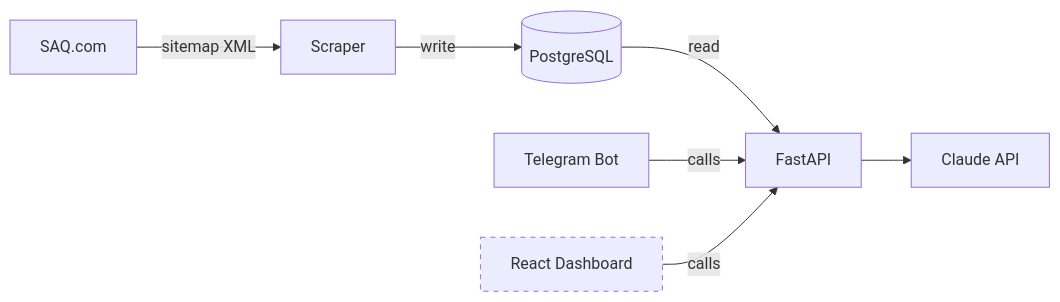
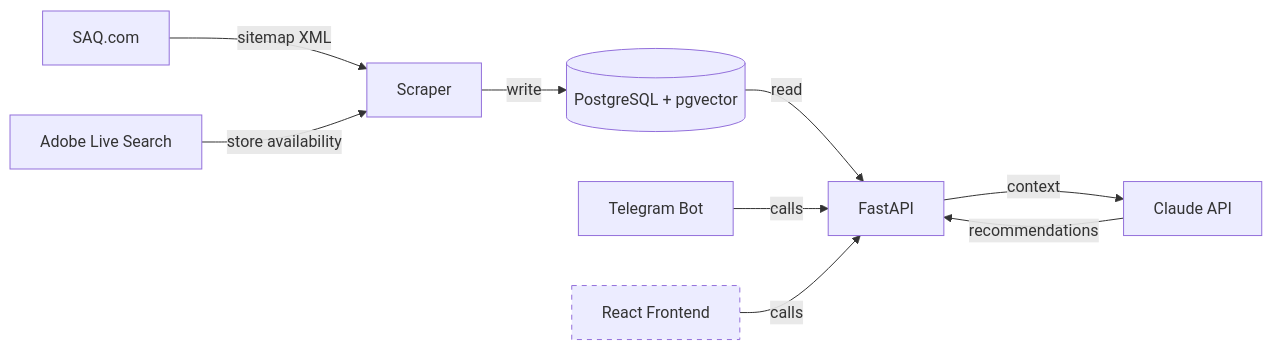
One commit to vpatrin/saq-sommelier changed the diagram in README.md. Above: the diagram before and after it, drawn with Mermaid. The commit also changed other lines of this file and 11 other files, not shown here.

````diff
--- a/README.md
+++ b/README.md
@@ -20,19 +21,22 @@
 ```mermaid
 graph LR
     SAQ[SAQ.com]
+    Adobe[Adobe Live Search]
     Scraper[Scraper]
-    DB[(PostgreSQL)]
+    DB[(PostgreSQL + pgvector)]
     API[FastAPI]
     Claude[Claude API]
     Bot[Telegram Bot]
-    Web[React Dashboard]
+    Web[React Frontend]
 
     SAQ -- sitemap XML --> Scraper
+    Adobe -- store availability --> Scraper
     Scraper -- write --> DB
     DB -- read --> API
-    API --> Claude
+    API -- context --> Claude
+    Claude -- recommendations --> API
     Bot -- calls --> API
     Web -- calls --> API
 
     style Web stroke-dasharray: 5 5
 ```
````
